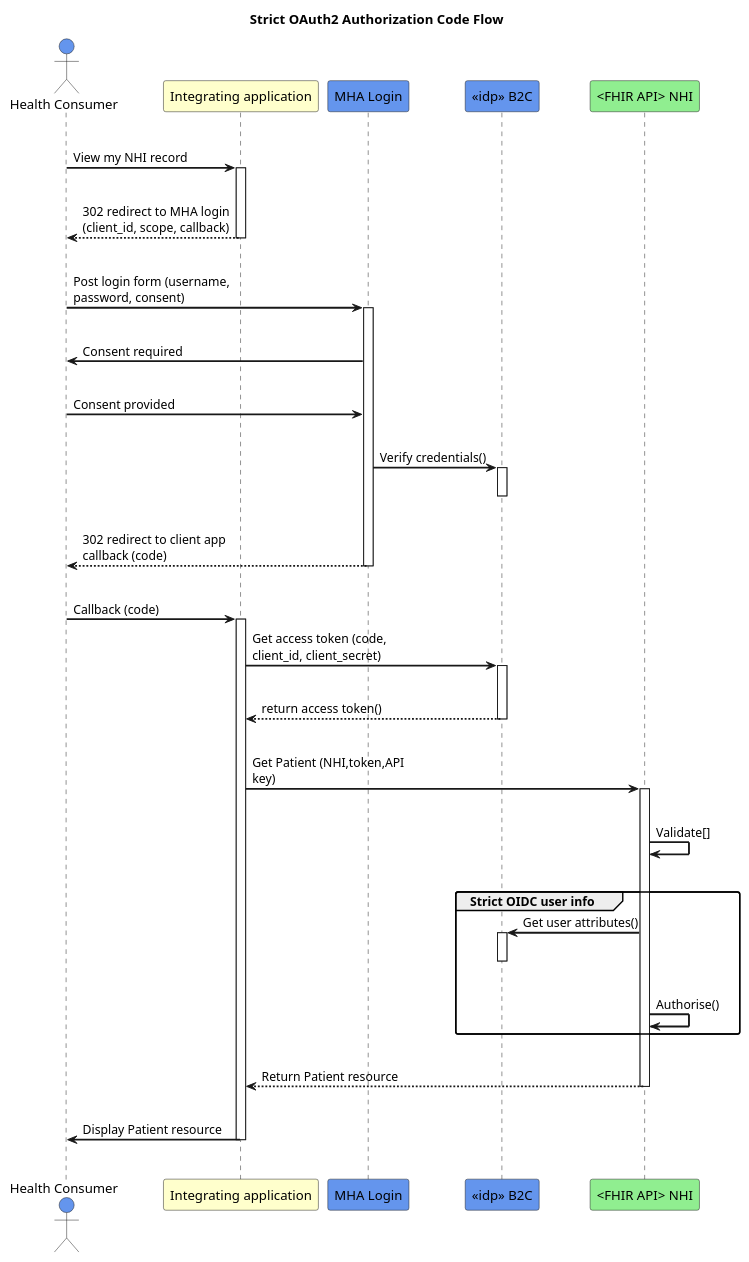
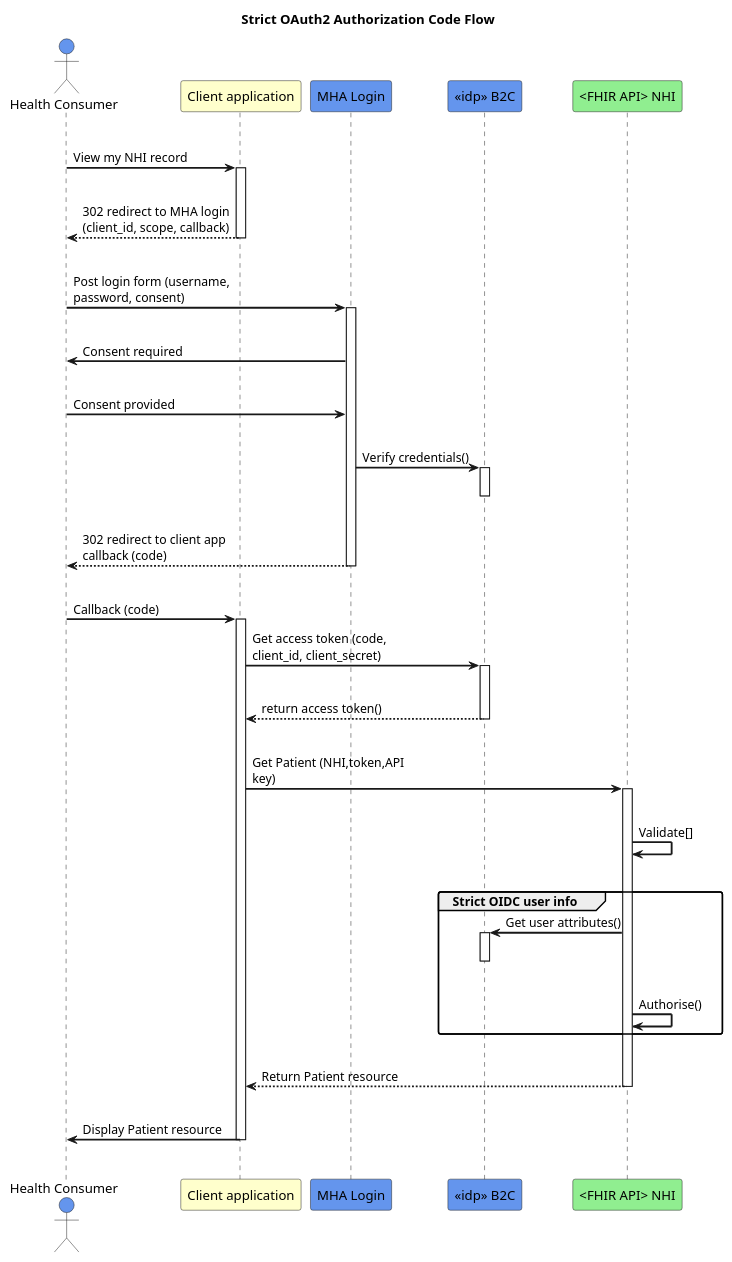
Before and after one commit to HL7NZ/nhi: the diagram in input/images-source/ConsumerAuthAccessNHI.plantuml, drawn with PlantUML.

```diff
--- a/input/images-source/ConsumerAuthAccessNHI.plantuml
+++ b/input/images-source/ConsumerAuthAccessNHI.plantuml
@@ -1,60 +1,60 @@
 @startuml
 skinparam sequenceArrowThickness 2
 skinparam roundcorner 5
 skinparam maxmessagesize 180
 skinparam sequenceParticipant bold
 title Strict OAuth2 Authorization Code Flow
 actor "Health Consumer" as User #CornflowerBlue
-participant "Integrating application" as A #BUSINESS
+participant "Client application" as A #BUSINESS
 participant "MHA Login" as B #CornflowerBlue
 participant "<<idp>> B2C" as C #CornflowerBlue
 participant "<FHIR API> NHI" as D #LightGreen
 |||
 User -> A: View my NHI record
 activate A
 |||
 A -[dashed]-> User: 302 redirect to MHA login (client_id, scope, callback)
 deactivate A
 |||
 User -> B: Post login form (username, password, consent)
 activate B
 |||
 B -> User: Consent required
 |||
 User -> B:Consent provided
 |||
 B -> C: Verify credentials()
 activate C
 deactivate C
 |||
 B -[dashed]-> User: 302 redirect to client app callback (code)
 deactivate B
 |||
 User -> A: Callback (code)
 activate A
 A -> C: Get access token (code, client_id, client_secret)
 activate C
 |||
 C -[dashed]-> A: return access token()
 deactivate C
 |||
 A -> D: Get Patient (NHI,token,API key)
 activate D
 |||
 D -> D: Validate[]
 |||
 group Strict OIDC user info
 D -> C: Get user attributes()
 activate C
 deactivate C
 |||
 D -> D: Authorise()  
 end
 |||
 D -[dashed]-> A: Return Patient resource
 deactivate D
 |||
 A -> User: Display Patient resource
 deactivate A
 |||
 @enduml
```
